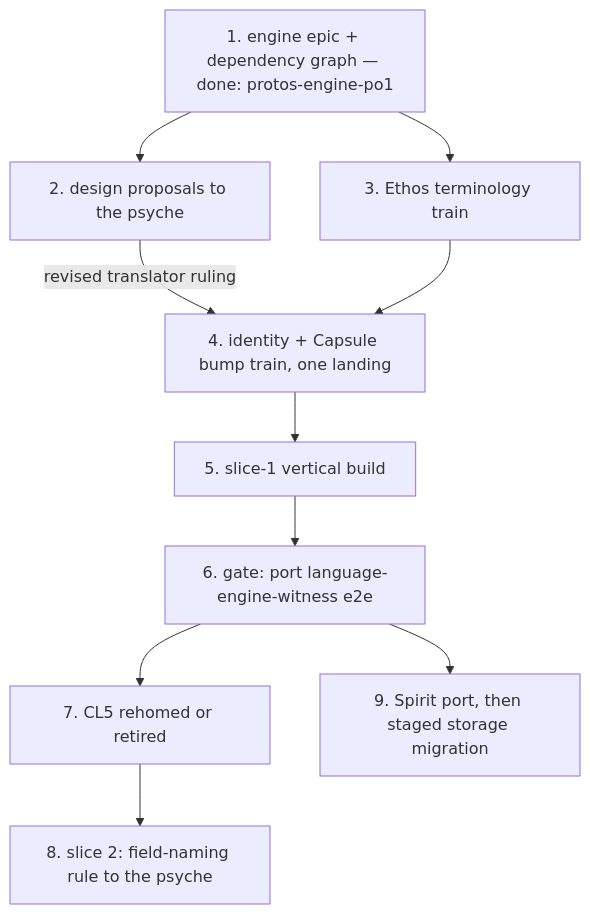
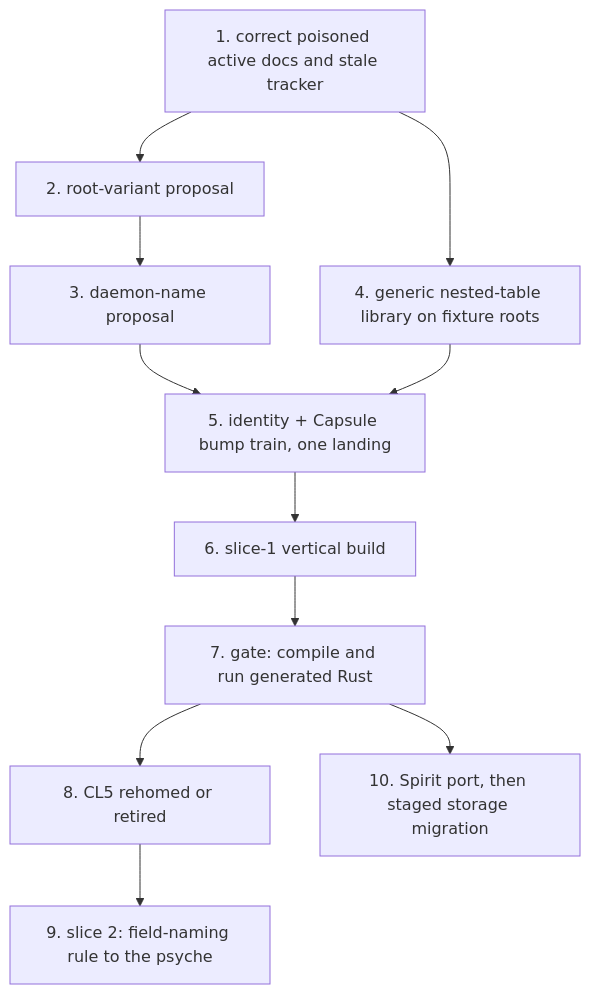
Before and after one commit to LiGoldragon/protos-engine: the diagram in design/ProtosEngine/ProtosEngineDesign-2026-07-28.md, drawn with Mermaid. The commit also changed other lines of this file and 1 other file, not shown here.

First line of the commit message:
design: align the naming train with nested-table approvals

````diff
--- a/design/ProtosEngine/ProtosEngineDesign-2026-07-28.md
+++ b/design/ProtosEngine/ProtosEngineDesign-2026-07-28.md
@@ -432,12 +509,13 @@
 ```mermaid
 flowchart TD
-  S1[1. engine epic + dependency graph — done: protos-engine-po1] --> S2[2. design proposals to the psyche]
-  S1 --> S3[3. Ethos terminology train]
-  S2 -->|revised translator ruling| S4[4. identity + Capsule bump train, one landing]
-  S3 --> S4
-  S4 --> S5[5. slice-1 vertical build]
-  S5 --> S6[6. gate: port language-engine-witness e2e]
-  S6 --> S7[7. CL5 rehomed or retired]
-  S7 --> S8[8. slice 2: field-naming rule to the psyche]
-  S6 --> S9[9. Spirit port, then staged storage migration]
+  S1[1. correct poisoned active docs and stale tracker] --> S2[2. root-variant proposal]
+  S2 --> S3[3. daemon-name proposal]
+  S1 --> S4[4. generic nested-table library on fixture roots]
+  S3 --> S5[5. identity + Capsule bump train, one landing]
+  S4 --> S5
+  S5 --> S6[6. slice-1 vertical build]
+  S6 --> S7[7. gate: compile and run generated Rust]
+  S7 --> S8[8. CL5 rehomed or retired]
+  S8 --> S9[9. slice 2: field-naming rule to the psyche]
+  S7 --> S10[10. Spirit port, then staged storage migration]
 ```
````
